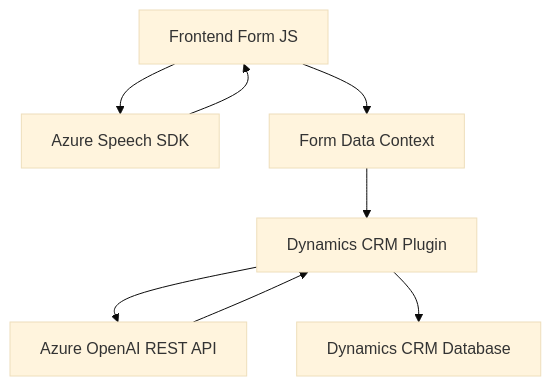
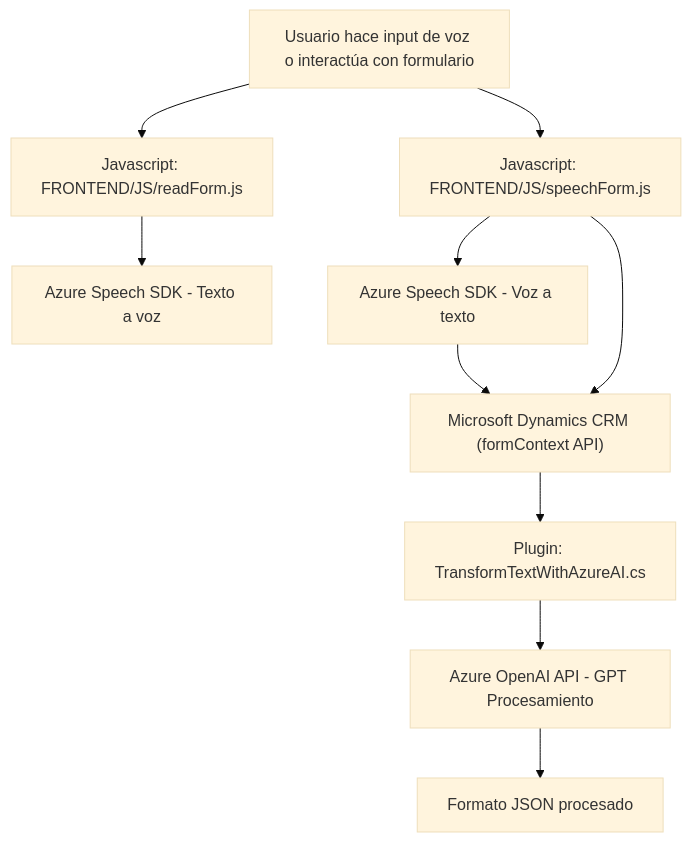
The diagram in README.md (blopezdm/NETCORE_BILBAO2025), drawn with Mermaid (base theme) before and after one commit. The commit also changed other lines of this file, not shown here.

Commit message:
Actualizar análisis global de la solución con IA

````diff
--- a/README.md
+++ b/README.md
@@ -38,15 +42,22 @@
 ```mermaid
 graph TD
-    User["Frontend Form JS"]
-    AzureSpeechSDK["Azure Speech SDK"]
-    AzureRESTAPI["Azure OpenAI REST API"]
-    DynamicsCRMPlugin["Dynamics CRM Plugin"]
-    FormContext["Form Data Context"]
-    Database["Dynamics CRM Database"]
+    A["Usuario hace input de voz o interactúa con formulario"]
+    B["Javascript: FRONTEND/JS/readForm.js"]
+    C["Azure Speech SDK - Texto a voz"]
+    D["Javascript: FRONTEND/JS/speechForm.js"]
+    E["Azure Speech SDK - Voz a texto"]
+    F["Microsoft Dynamics CRM (formContext API)"]
+    G["Plugin: TransformTextWithAzureAI.cs"]
+    H["Azure OpenAI API - GPT Procesamiento"]
+    I["Formato JSON procesado"]
 
-    User --> AzureSpeechSDK --> User
-    User --> FormContext --> DynamicsCRMPlugin
-    DynamicsCRMPlugin --> AzureRESTAPI
-    AzureRESTAPI --> DynamicsCRMPlugin
-    DynamicsCRMPlugin --> Database
+    A --> B
+    B --> C
+    A --> D
+    D --> E
+    E --> F
+    D --> F
+    F --> G
+    G --> H
+    H --> I
 ```
````
